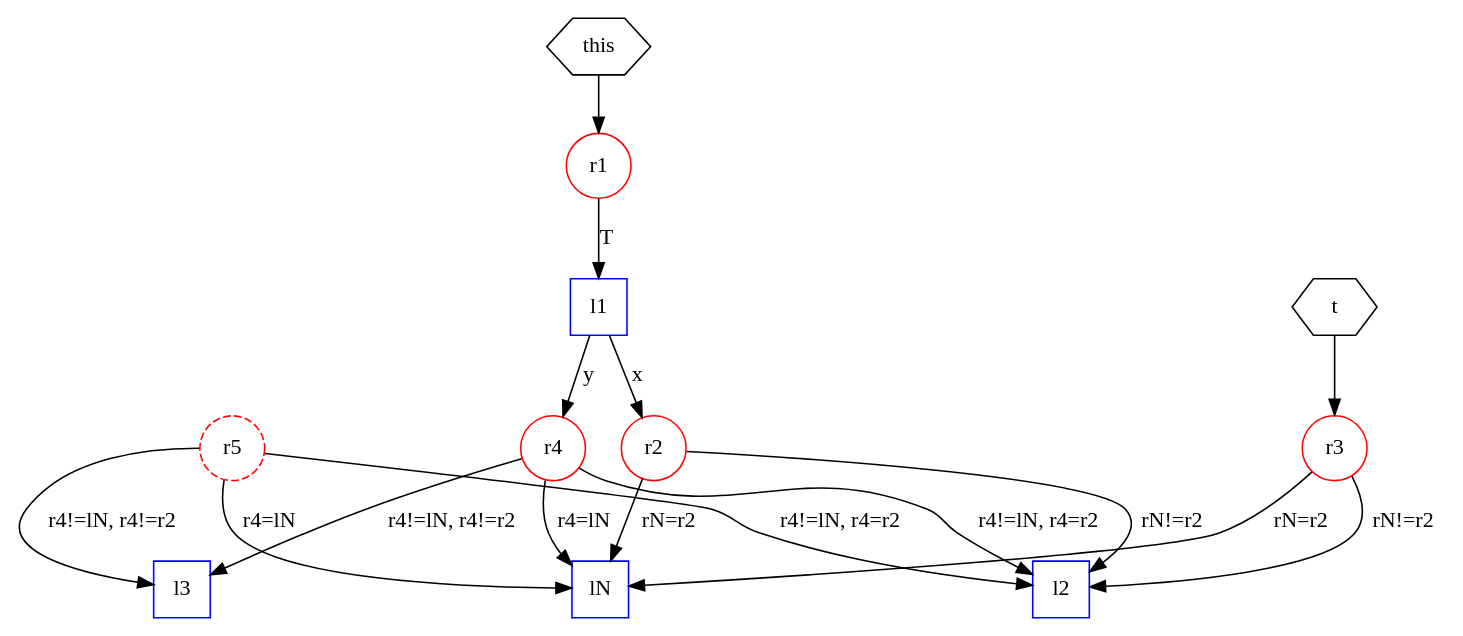
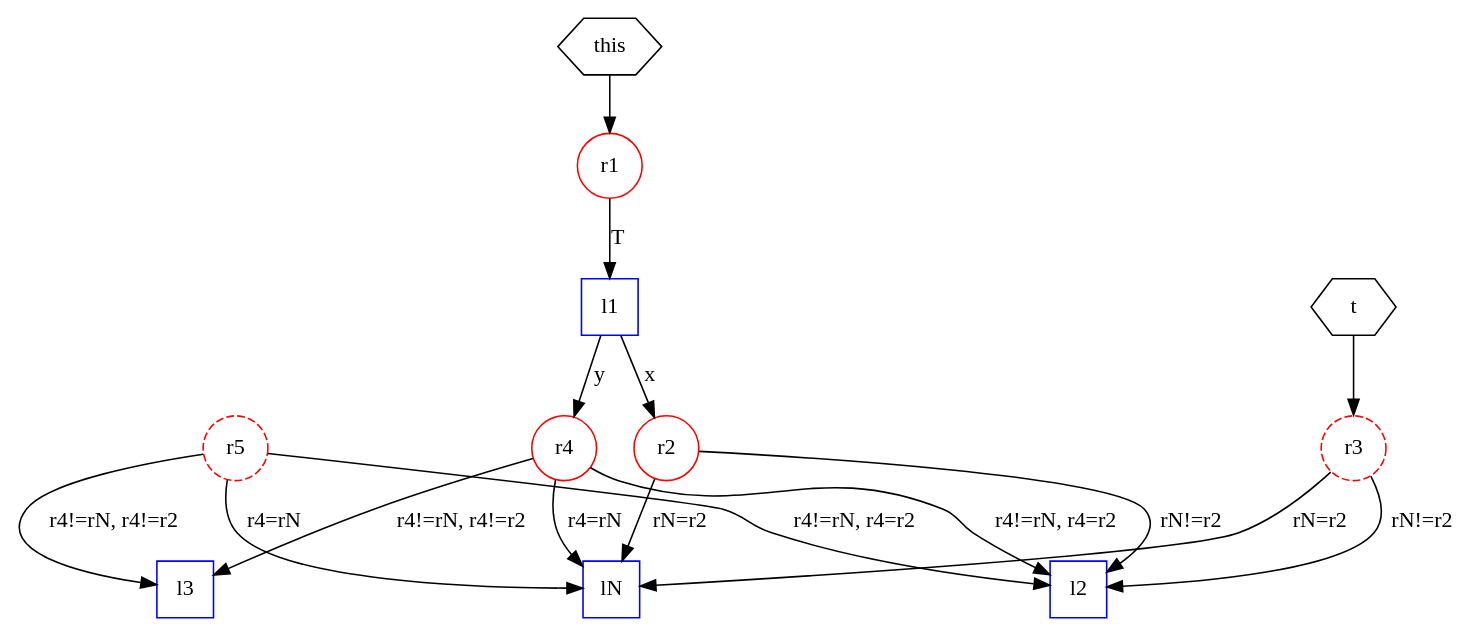
The diagram in examples/SimpleSwap/HeapEx00_03.dot (ericmercer/uber-lazy), drawn with Graphviz before and after one commit. The commit also changed 5 other files, not shown here.

Commit message:
dot graphs

```diff
--- a/examples/SimpleSwap/HeapEx00_03.dot
+++ b/examples/SimpleSwap/HeapEx00_03.dot
@@ -1,28 +1,28 @@
 digraph "" { 
 1[ label="r1" shape=circle color=red];
 2[ label="l1" shape=square color=blue];
 3[ label="r2" shape=circle color=red];
 4[ label="lN" shape=square color=blue];
 5[ label="l2" shape=square color=blue];
-6[ label="r3" shape=circle color=red];
+6[ label="r3" shape=circle color=red style=dashed];
 7[ label="this" shape=hexagon];
 8[ label="t" shape=hexagon];
 9[ label="r4" shape=circle color=red];
 10[ label="r5" shape=circle color=red style=dashed];
 11[ label="l3" shape=square color=blue];
 7->1;
 8->6;
 1->2[ label="T"];
 2->3[ label="x"];
 3->4[ label="rN=r2"];
 3->5[ label="rN!=r2"];
 6->4[ label="rN=r2"];
 6->5[ label="rN!=r2"];
-9->4[ label="r4=lN"];
-9->5[ label="r4!=lN, r4=r2"];
-9->11[ label="r4!=lN, r4!=r2"];
-10->4[ label="r4=lN"];
-10->5[ label="r4!=lN, r4=r2"];
-10->11[ label="r4!=lN, r4!=r2"];
+9->4[ label="r4=rN"];
+9->5[ label="r4!=rN, r4=r2"];
+9->11[ label="r4!=rN, r4!=r2"];
+10->4[ label="r4=rN"];
+10->5[ label="r4!=rN, r4=r2"];
+10->11[ label="r4!=rN, r4!=r2"];
 2->9 [label="y"];
 }
```
